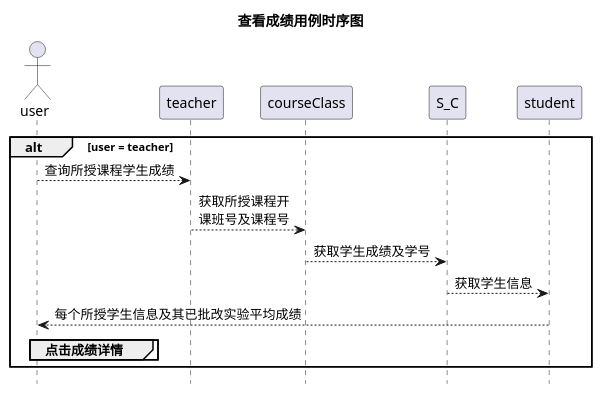
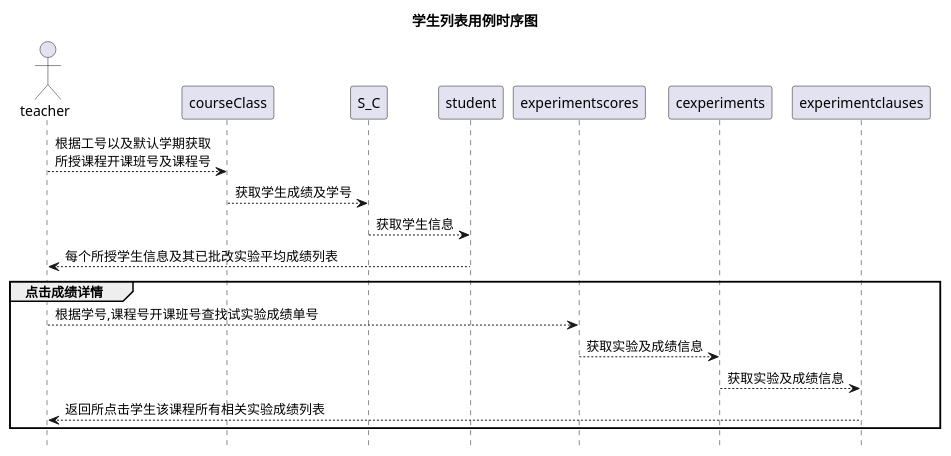
Before and after one commit to 201610414130/is_analysis-4: the fourth of 16 diagrams in test6/sequence.pu, drawn with PlantUML. The commit also changed other lines of this file and 8 other files, not shown here.

Commit message:
将剩余的时序图完成,并重新生了以便图片,预防遗失为生成项

```diff
--- a/test6/sequence.pu
+++ b/test6/sequence.pu
@@ -62,18 +44,15 @@
-@startuml 查看成绩
-title 查看成绩用例时序图
+@startuml 学生列表
+title 学生列表用例时序图
 hide footbox
-actor user
-alt user = teacher
-    user --> teacher: 查询所授课程学生成绩
-    teacher --> courseClass: 获取所授课程开\n课班号及课程号
-    courseClass --> S_C: 获取学生成绩及学号
-    S_C --> student: 获取学生信息
-    student --> user: 每个所授学生信息及其已批改实验平均成绩
-    group 点击成绩详情
-        
-    end
-    ' courseClass --> course
-    ' course --> cexperiment:
-    ' cexperiment --> experimentclause:
+actor teacher
+teacher --> courseClass: 根据工号以及默认学期获取\n所授课程开课班号及课程号
+courseClass --> S_C: 获取学生成绩及学号
+S_C --> student: 获取学生信息
+student --> teacher: 每个所授学生信息及其已批改实验平均成绩列表
+group 点击成绩详情
+    teacher --> experimentscores: 根据学号,课程号开课班号查找试实验成绩单号
+    experimentscores --> cexperiments: 获取实验及成绩信息
+    cexperiments --> experimentclauses: 获取实验及成绩信息
+    experimentclauses --> teacher: 返回所点击学生该课程所有相关实验成绩列表
 end
 @enduml
```
